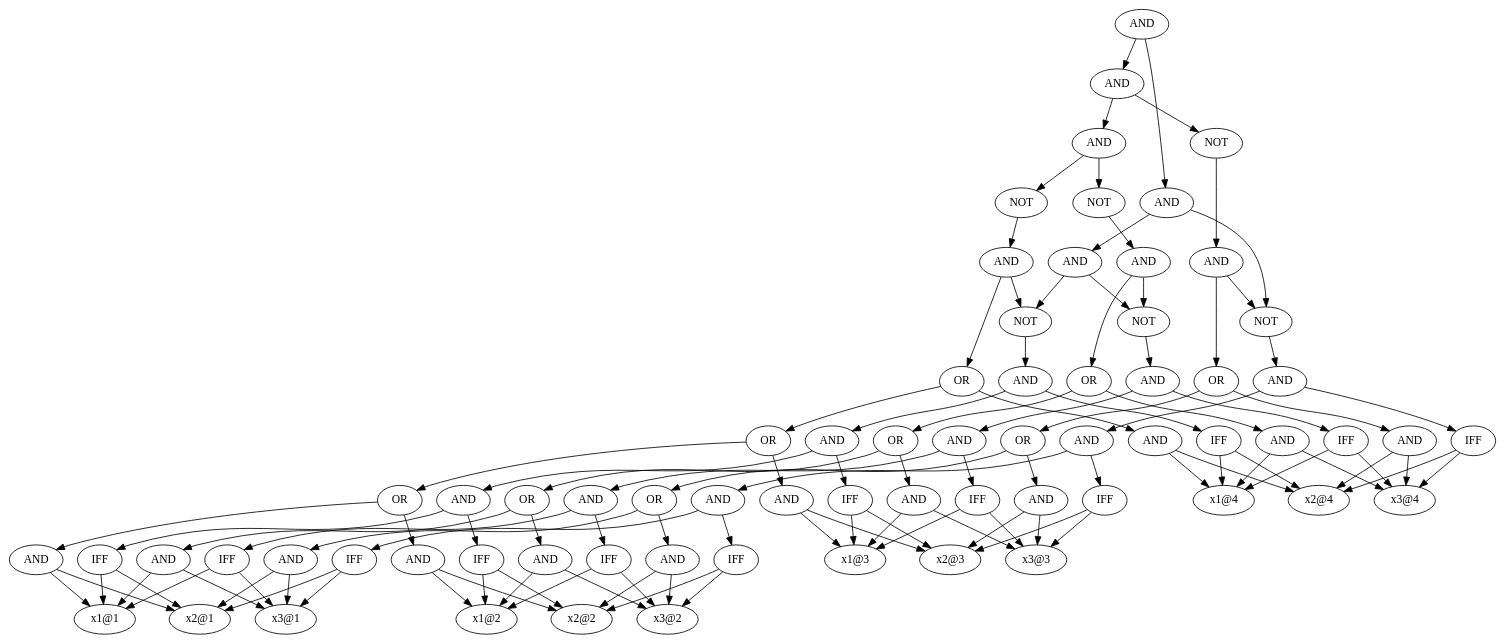
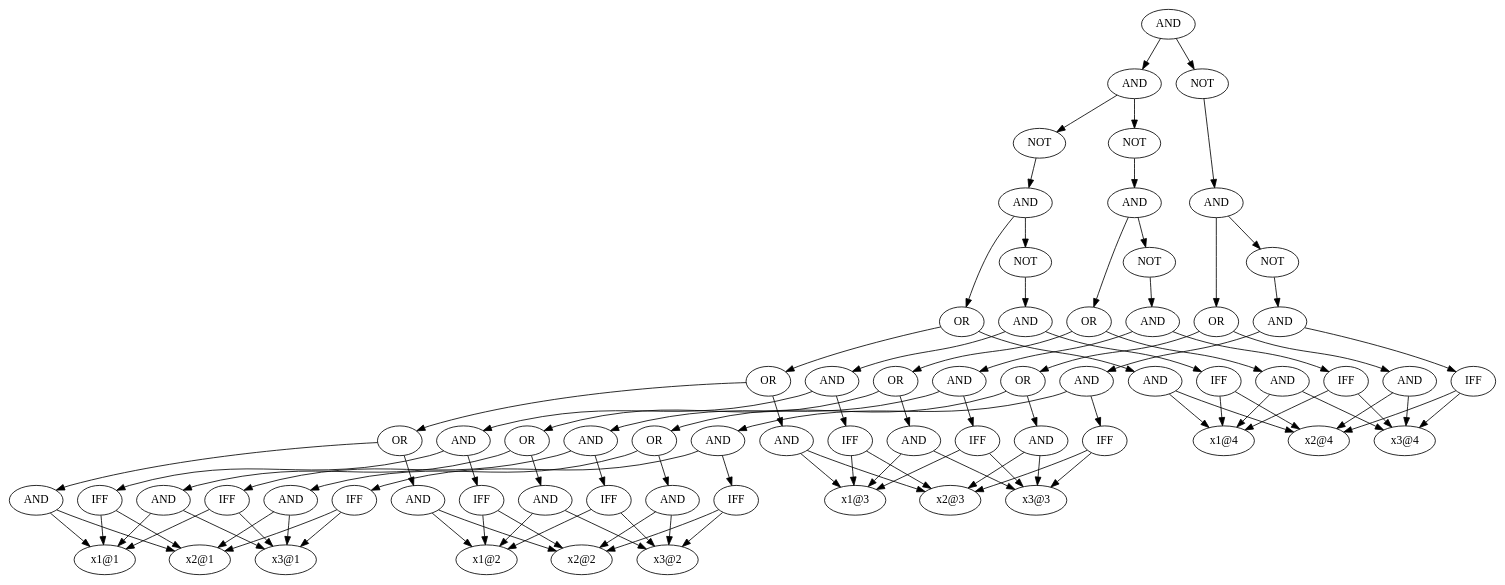
The diagram in data/g.dot (toda-lab/pygplib), drawn with Graphviz before and after one commit. The commit also changed 11 other files, not shown here.

```diff
--- a/data/g.dot
+++ b/data/g.dot
@@ -1,176 +1,167 @@
 digraph output {
-	140554792071712 [label = AND]
-	140554792071760 [label = AND]
-	140554786147872 [label = AND]
-	140554785372288 [label = NOT]
-	140554791936400 [label = AND]
-	140554791938896 [label = OR]
-	140554791936976 [label = OR]
-	140554791938512 [label = OR]
-	140554791937648 [label = AND]
-	140554791937168 [label = "x1@1"]
-	140554791940048 [label = "x2@1"]
-	140554791937648 -> 140554791937168
-	140554791937648 -> 140554791940048
-	140554791938128 [label = AND]
-	140554791939808 [label = "x1@2"]
-	140554791937840 [label = "x2@2"]
-	140554791938128 -> 140554791939808
-	140554791938128 -> 140554791937840
-	140554791938512 -> 140554791937648
-	140554791938512 -> 140554791938128
-	140554791938224 [label = AND]
-	140554791939376 [label = "x1@3"]
-	140554791937360 [label = "x2@3"]
-	140554791938224 -> 140554791939376
-	140554791938224 -> 140554791937360
-	140554791936976 -> 140554791938512
-	140554791936976 -> 140554791938224
-	140554791938320 [label = AND]
-	140554791938368 [label = "x1@4"]
-	140554791937504 [label = "x2@4"]
-	140554791938320 -> 140554791938368
-	140554791938320 -> 140554791937504
-	140554791938896 -> 140554791936976
-	140554791938896 -> 140554791938320
-	140554791936304 [label = NOT]
-	140554791936256 [label = AND]
-	140554791939760 [label = AND]
-	140554791938992 [label = AND]
-	140554791939136 [label = IFF]
-	140554791939136 -> 140554791937168
-	140554791939136 -> 140554791940048
-	140554791939328 [label = IFF]
-	140554791939328 -> 140554791939808
-	140554791939328 -> 140554791937840
-	140554791938992 -> 140554791939136
-	140554791938992 -> 140554791939328
-	140554791939616 [label = IFF]
-	140554791939616 -> 140554791939376
-	140554791939616 -> 140554791937360
-	140554791939760 -> 140554791938992
-	140554791939760 -> 140554791939616
-	140554791939712 [label = IFF]
-	140554791939712 -> 140554791938368
-	140554791939712 -> 140554791937504
-	140554791936256 -> 140554791939760
-	140554791936256 -> 140554791939712
-	140554791936304 -> 140554791936256
-	140554791936400 -> 140554791938896
-	140554791936400 -> 140554791936304
-	140554785372288 -> 140554791936400
-	140554791936064 [label = NOT]
-	140554786146000 [label = AND]
-	140554786146720 [label = OR]
-	140554786147344 [label = OR]
-	140554791936160 [label = OR]
-	140554786147680 [label = AND]
-	140554786147248 [label = "x3@1"]
-	140554786147680 -> 140554791937168
-	140554786147680 -> 140554786147248
-	140554786147584 [label = AND]
-	140554786146240 [label = "x3@2"]
-	140554786147584 -> 140554791939808
-	140554786147584 -> 140554786146240
-	140554791936160 -> 140554786147680
-	140554791936160 -> 140554786147584
-	140554786147824 [label = AND]
-	140554786146864 [label = "x3@3"]
-	140554786147824 -> 140554791939376
-	140554786147824 -> 140554786146864
-	140554786147344 -> 140554791936160
-	140554786147344 -> 140554786147824
-	140554786147152 [label = AND]
-	140554786146960 [label = "x3@4"]
-	140554786147152 -> 140554791938368
-	140554786147152 -> 140554786146960
-	140554786146720 -> 140554786147344
-	140554786146720 -> 140554786147152
-	140554787881504 [label = NOT]
-	140554786148112 [label = AND]
-	140554786148016 [label = AND]
-	140554786146672 [label = AND]
-	140554786146624 [label = IFF]
-	140554786146624 -> 140554791937168
-	140554786146624 -> 140554786147248
-	140554786146288 [label = IFF]
-	140554786146288 -> 140554791939808
-	140554786146288 -> 140554786146240
-	140554786146672 -> 140554786146624
-	140554786146672 -> 140554786146288
-	140554786148256 [label = IFF]
-	140554786148256 -> 140554791939376
-	140554786148256 -> 140554786146864
-	140554786148016 -> 140554786146672
-	140554786148016 -> 140554786148256
-	140554786147008 [label = IFF]
-	140554786147008 -> 140554791938368
-	140554786147008 -> 140554786146960
-	140554786148112 -> 140554786148016
-	140554786148112 -> 140554786147008
-	140554787881504 -> 140554786148112
-	140554786146000 -> 140554786146720
-	140554786146000 -> 140554787881504
-	140554791936064 -> 140554786146000
-	140554786147872 -> 140554785372288
-	140554786147872 -> 140554791936064
-	140554786147920 [label = NOT]
-	140554792071664 [label = AND]
-	140554794666256 [label = OR]
-	140554786145856 [label = OR]
-	140554786146096 [label = OR]
-	140554786145952 [label = AND]
-	140554786145952 -> 140554791940048
-	140554786145952 -> 140554786147248
-	140554787354800 [label = AND]
-	140554787354800 -> 140554791937840
-	140554787354800 -> 140554786146240
-	140554786146096 -> 140554786145952
-	140554786146096 -> 140554787354800
-	140554787354512 [label = AND]
-	140554787354512 -> 140554791937360
-	140554787354512 -> 140554786146864
-	140554786145856 -> 140554786146096
-	140554786145856 -> 140554787354512
-	140554794665824 [label = AND]
-	140554794665824 -> 140554791937504
-	140554794665824 -> 140554786146960
-	140554794666256 -> 140554786145856
-	140554794666256 -> 140554794665824
-	140554786146048 [label = NOT]
-	140554792074448 [label = AND]
-	140554794667456 [label = AND]
-	140554794664384 [label = AND]
-	140554794664480 [label = IFF]
-	140554794664480 -> 140554791940048
-	140554794664480 -> 140554786147248
-	140554795462720 [label = IFF]
-	140554795462720 -> 140554791937840
-	140554795462720 -> 140554786146240
-	140554794664384 -> 140554794664480
-	140554794664384 -> 140554795462720
-	140554792073920 [label = IFF]
-	140554792073920 -> 140554791937360
-	140554792073920 -> 140554786146864
-	140554794667456 -> 140554794664384
-	140554794667456 -> 140554792073920
-	140554792073968 [label = IFF]
-	140554792073968 -> 140554791937504
-	140554792073968 -> 140554786146960
-	140554792074448 -> 140554794667456
-	140554792074448 -> 140554792073968
-	140554786146048 -> 140554792074448
-	140554792071664 -> 140554794666256
-	140554792071664 -> 140554786146048
-	140554786147920 -> 140554792071664
-	140554792071760 -> 140554786147872
-	140554792071760 -> 140554786147920
-	140554792071520 [label = AND]
-	140554792071616 [label = AND]
-	140554792071616 -> 140554791936304
-	140554792071616 -> 140554787881504
-	140554792071520 -> 140554792071616
-	140554792071520 -> 140554786146048
-	140554792071712 -> 140554792071760
-	140554792071712 -> 140554792071520
+	140636829245600 [label = AND]
+	140636829243808 [label = AND]
+	140636835815232 [label = NOT]
+	140636829241504 [label = AND]
+	140636835953968 [label = OR]
+	140636835953920 [label = OR]
+	140636835952528 [label = OR]
+	140636835953200 [label = AND]
+	140636835952240 [label = "x1@1"]
+	140636835952624 [label = "x2@1"]
+	140636835953200 -> 140636835952240
+	140636835953200 -> 140636835952624
+	140636835953296 [label = AND]
+	140636835952192 [label = "x1@2"]
+	140636835952720 [label = "x2@2"]
+	140636835953296 -> 140636835952192
+	140636835953296 -> 140636835952720
+	140636835952528 -> 140636835953200
+	140636835952528 -> 140636835953296
+	140636835953392 [label = AND]
+	140636835953680 [label = "x1@3"]
+	140636835952864 [label = "x2@3"]
+	140636835953392 -> 140636835953680
+	140636835953392 -> 140636835952864
+	140636835953920 -> 140636835952528
+	140636835953920 -> 140636835953392
+	140636835953488 [label = AND]
+	140636835953872 [label = "x1@4"]
+	140636835953008 [label = "x2@4"]
+	140636835953488 -> 140636835953872
+	140636835953488 -> 140636835953008
+	140636835953968 -> 140636835953920
+	140636835953968 -> 140636835953488
+	140636835812400 [label = NOT]
+	140636835954640 [label = AND]
+	140636835954544 [label = AND]
+	140636835954016 [label = AND]
+	140636835954160 [label = IFF]
+	140636835954160 -> 140636835952240
+	140636835954160 -> 140636835952624
+	140636835954304 [label = IFF]
+	140636835954304 -> 140636835952192
+	140636835954304 -> 140636835952720
+	140636835954016 -> 140636835954160
+	140636835954016 -> 140636835954304
+	140636835954400 [label = IFF]
+	140636835954400 -> 140636835953680
+	140636835954400 -> 140636835952864
+	140636835954544 -> 140636835954016
+	140636835954544 -> 140636835954400
+	140636835954496 [label = IFF]
+	140636835954496 -> 140636835953872
+	140636835954496 -> 140636835953008
+	140636835954640 -> 140636835954544
+	140636835954640 -> 140636835954496
+	140636835812400 -> 140636835954640
+	140636829241504 -> 140636835953968
+	140636829241504 -> 140636835812400
+	140636835815232 -> 140636829241504
+	140636829241552 [label = NOT]
+	140636829243712 [label = AND]
+	140636829242848 [label = OR]
+	140636829242752 [label = OR]
+	140636829241744 [label = OR]
+	140636829242416 [label = AND]
+	140636829241840 [label = "x3@1"]
+	140636829242416 -> 140636835952240
+	140636829242416 -> 140636829241840
+	140636829242512 [label = AND]
+	140636829241936 [label = "x3@2"]
+	140636829242512 -> 140636835952192
+	140636829242512 -> 140636829241936
+	140636829241744 -> 140636829242416
+	140636829241744 -> 140636829242512
+	140636829242608 [label = AND]
+	140636829242080 [label = "x3@3"]
+	140636829242608 -> 140636835953680
+	140636829242608 -> 140636829242080
+	140636829242752 -> 140636829241744
+	140636829242752 -> 140636829242608
+	140636829242704 [label = AND]
+	140636829242224 [label = "x3@4"]
+	140636829242704 -> 140636835953872
+	140636829242704 -> 140636829242224
+	140636829242848 -> 140636829242752
+	140636829242848 -> 140636829242704
+	140636829243616 [label = NOT]
+	140636829243568 [label = AND]
+	140636829243472 [label = AND]
+	140636829242944 [label = AND]
+	140636829243088 [label = IFF]
+	140636829243088 -> 140636835952240
+	140636829243088 -> 140636829241840
+	140636829243232 [label = IFF]
+	140636829243232 -> 140636835952192
+	140636829243232 -> 140636829241936
+	140636829242944 -> 140636829243088
+	140636829242944 -> 140636829243232
+	140636829243328 [label = IFF]
+	140636829243328 -> 140636835953680
+	140636829243328 -> 140636829242080
+	140636829243472 -> 140636829242944
+	140636829243472 -> 140636829243328
+	140636829243424 [label = IFF]
+	140636829243424 -> 140636835953872
+	140636829243424 -> 140636829242224
+	140636829243568 -> 140636829243472
+	140636829243568 -> 140636829243424
+	140636829243616 -> 140636829243568
+	140636829243712 -> 140636829242848
+	140636829243712 -> 140636829243616
+	140636829241552 -> 140636829243712
+	140636829243808 -> 140636835815232
+	140636829243808 -> 140636829241552
+	140636829243856 [label = NOT]
+	140636829245392 [label = AND]
+	140636829244624 [label = OR]
+	140636829244528 [label = OR]
+	140636829244048 [label = OR]
+	140636829244192 [label = AND]
+	140636829244192 -> 140636835952624
+	140636829244192 -> 140636829241840
+	140636829244288 [label = AND]
+	140636829244288 -> 140636835952720
+	140636829244288 -> 140636829241936
+	140636829244048 -> 140636829244192
+	140636829244048 -> 140636829244288
+	140636829244384 [label = AND]
+	140636829244384 -> 140636835952864
+	140636829244384 -> 140636829242080
+	140636829244528 -> 140636829244048
+	140636829244528 -> 140636829244384
+	140636829244480 [label = AND]
+	140636829244480 -> 140636835953008
+	140636829244480 -> 140636829242224
+	140636829244624 -> 140636829244528
+	140636829244624 -> 140636829244480
+	140636829245344 [label = NOT]
+	140636829245296 [label = AND]
+	140636829245200 [label = AND]
+	140636829244720 [label = AND]
+	140636829244864 [label = IFF]
+	140636829244864 -> 140636835952624
+	140636829244864 -> 140636829241840
+	140636829244960 [label = IFF]
+	140636829244960 -> 140636835952720
+	140636829244960 -> 140636829241936
+	140636829244720 -> 140636829244864
+	140636829244720 -> 140636829244960
+	140636829245056 [label = IFF]
+	140636829245056 -> 140636835952864
+	140636829245056 -> 140636829242080
+	140636829245200 -> 140636829244720
+	140636829245200 -> 140636829245056
+	140636829245152 [label = IFF]
+	140636829245152 -> 140636835953008
+	140636829245152 -> 140636829242224
+	140636829245296 -> 140636829245200
+	140636829245296 -> 140636829245152
+	140636829245344 -> 140636829245296
+	140636829245392 -> 140636829244624
+	140636829245392 -> 140636829245344
+	140636829243856 -> 140636829245392
+	140636829245600 -> 140636829243808
+	140636829245600 -> 140636829243856
 }
```
